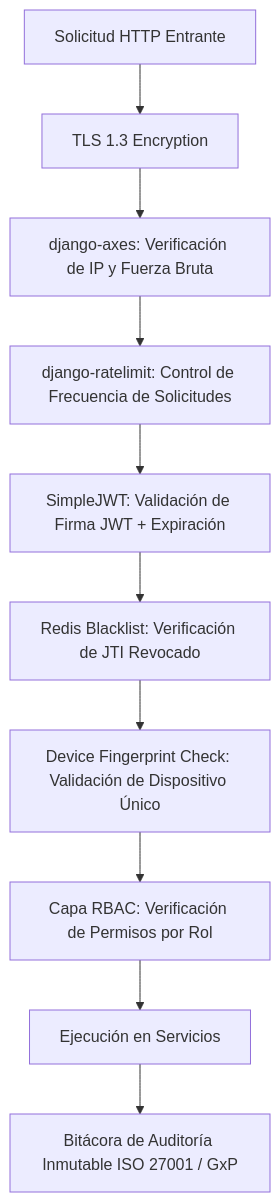
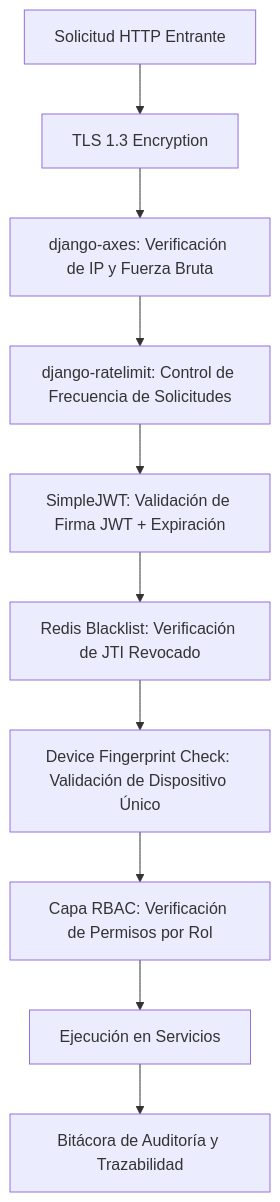
One commit to MrFtyoQr/FOCUS changed the fifth of 5 diagrams in README.md. Above: the diagram before and after it, drawn with Mermaid. The commit also changed other lines of this file, not shown here.

````diff
--- a/README.md
+++ b/README.md
@@ -244,12 +246,12 @@
 ```mermaid
 flowchart TD
     Req[Solicitud HTTP Entrante] --> HTTPS[TLS 1.3 Encryption]
     HTTPS --> Axes[django-axes: Verificación de IP y Fuerza Bruta]
     Axes --> RateLimit[django-ratelimit: Control de Frecuencia de Solicitudes]
     RateLimit --> JWT[SimpleJWT: Validación de Firma JWT + Expiración]
     JWT --> Blacklist[Redis Blacklist: Verificación de JTI Revocado]
     Blacklist --> Fingerprint[Device Fingerprint Check: Validación de Dispositivo Único]
     Fingerprint --> RBAC[Capa RBAC: Verificación de Permisos por Rol]
     RBAC --> Service[Ejecución en Servicios]
-    Service --> Audit[Bitácora de Auditoría Inmutable ISO 27001 / GxP]
+    Service --> Audit[Bitácora de Auditoría y Trazabilidad]
 ```
````
